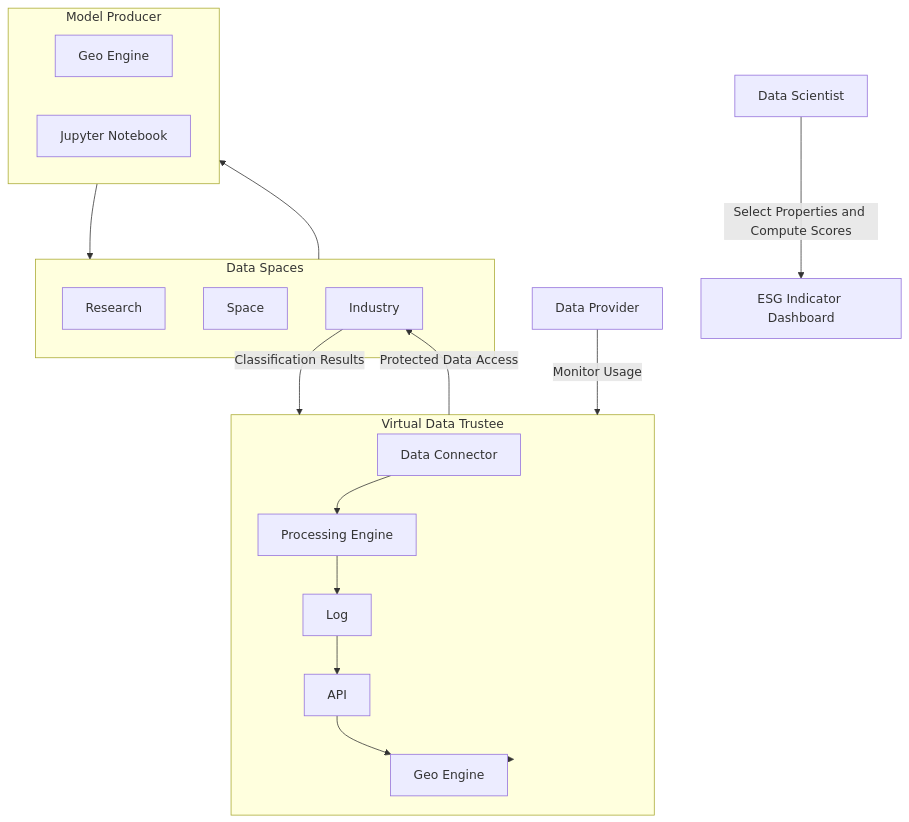
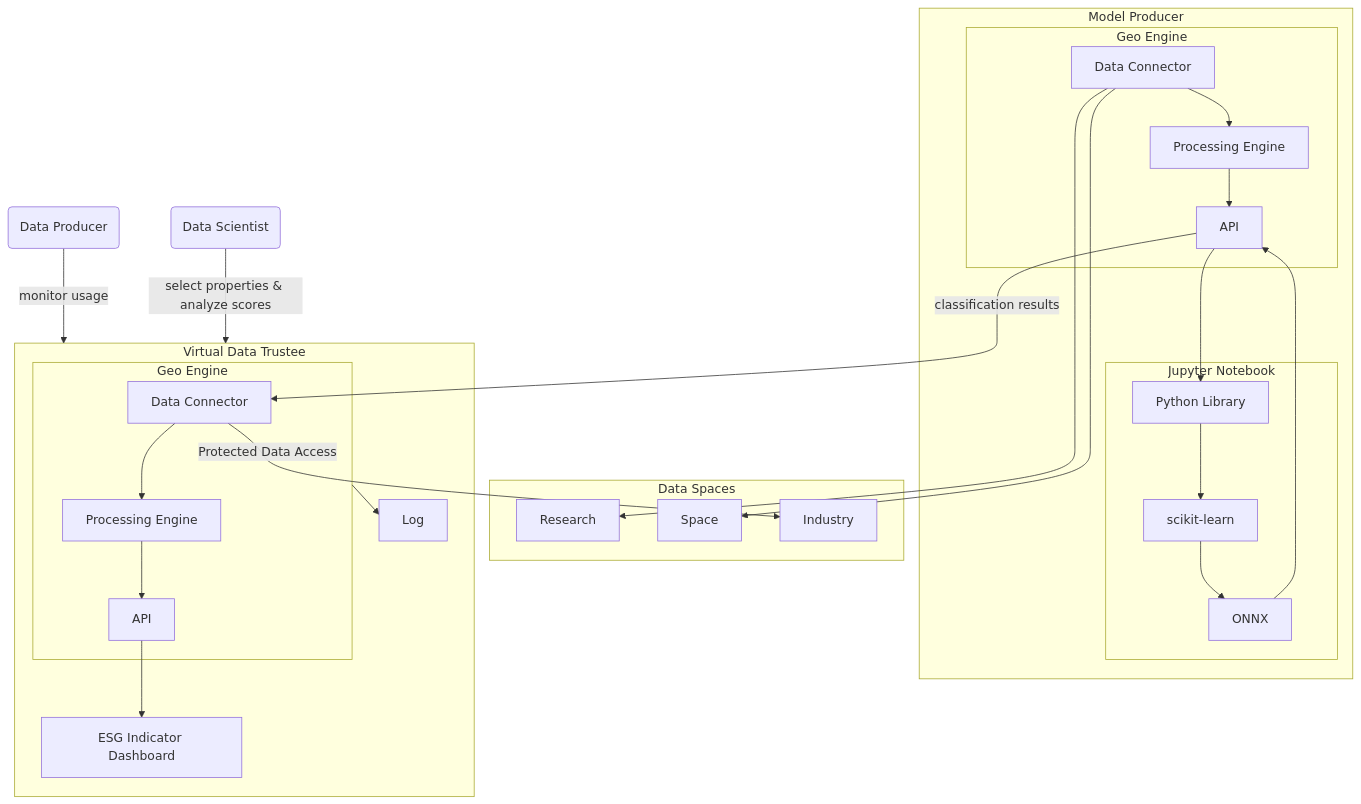
Before and after one commit to geo-engine/fair-ds-esg-indicator-service-docs: the diagram in README.md, drawn with Mermaid. The commit also changed 1 other file, not shown here.

Commit message:
update diagram

````diff
--- a/README.md
+++ b/README.md
@@ -15,52 +15,59 @@
 ```mermaid
-graph TD
+flowchart
   %% Define subgraphs for grouping
   subgraph DataSpaces[Data Spaces]
     Research[Research]
     Space[Space]
     Industry[Industry]
   end
 
   subgraph ModelProducer[Model Producer]
-    GeoEngine1[Geo Engine]
-    Jupyter[Jupyter Notebook]
+    subgraph GeoEngine1[Geo Engine]
+      MPDataConnector[Data Connector]
+      MPProcessingEngine[Processing Engine]
+      MPAPI[API]
+    end
+
+    subgraph Jupyter[Jupyter Notebook]
+      PythonLibrary[Python Library]
+      SKLearn[scikit-learn]
+      ONNX[ONNX]
+    end
   end
 
   subgraph VirtualDataTrustee[Virtual Data Trustee]
-    GeoEngine2[Geo Engine]
-    DataConnector[Data Connector]
-    ProcessingEngine[Processing Engine]
+    subgraph VDGeoEngine[Geo Engine]
+      VDDataConnector[Data Connector]
+      VDProcessingEngine[Processing Engine]
+      VDAPI[API]
+    end
     Log[Log]
-    API[API]
+    ESGService[ESG Indicator Dashboard]
   end
 
   %% Define standalone nodes
-  ESGService[ESG Indicator Dashboard]
-  DataScientist[Data Scientist]
-  DataProvider[Data Provider]
+
+  DataScientist(Data Scientist)
+  DataProducer(Data Producer)
 
   %% Link nodes
-  %% Data Spaces links
-  DataSpaces --> ModelProducer
 
-  %% Model Producer links
-  ModelProducer --> DataSpaces
+  MPDataConnector --> MPProcessingEngine --> MPAPI
+  MPAPI --> PythonLibrary --> SKLearn --> ONNX --> MPAPI
+
+  MPAPI --> |classification results| VDDataConnector
+  VDDataConnector --> VDProcessingEngine --> VDAPI
+  VDAPI --> ESGService
+  VDGeoEngine --> Log
 
   %% Virtual Data Trustee links
-  VirtualDataTrustee -->|Protected Data Access| Industry
-  Industry -->|Classification Results| VirtualDataTrustee
+  VDDataConnector -->|Protected Data Access| Industry
 
-  %% ESG Indicator Dashboard links
-  DataScientist -->|Select Properties and Compute Scores| ESGService
+  DataProducer --> |monitor usage| VirtualDataTrustee
+  DataScientist --> |select properties & analyze scores| VirtualDataTrustee
 
-  %% Data Provider links
-  DataProvider -->|Monitor Usage| VirtualDataTrustee
+  MPDataConnector --> Research
+  MPDataConnector --> Space
 
-  %% Internal Virtual Data Trustee connections
-  DataConnector --> ProcessingEngine
-  ProcessingEngine --> Log
-  Log --> API
-  API --> GeoEngine2
-  GeoEngine2 --> VirtualDataTrustee
 
 ```
````
